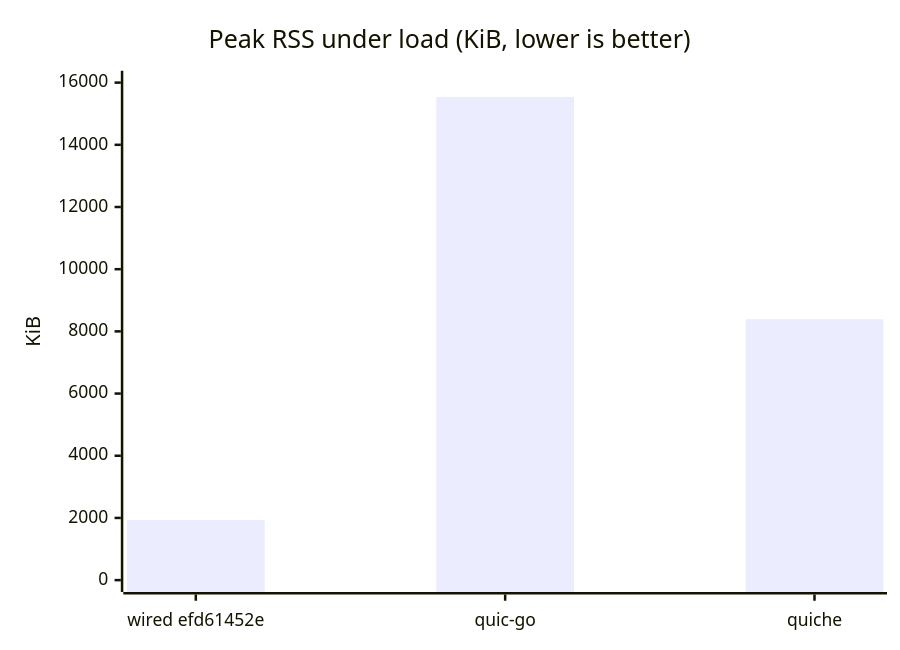
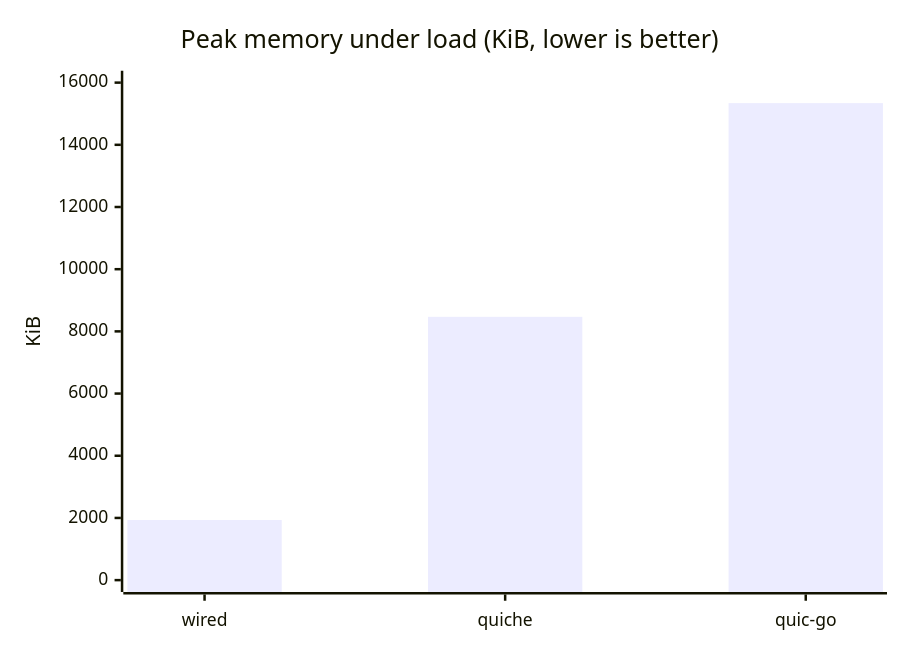
The third of 3 diagrams in docs/performance/comparison.md (Hakkadaikon/wired), drawn with Mermaid before and after one commit. The commit also changed other lines of this file and 4 other files, not shown here.

````diff
--- a/docs/performance/comparison.md
+++ b/docs/performance/comparison.md
@@ -402,7 +108,7 @@
 ```mermaid
 xychart-beta
-    title "Peak RSS under load (KiB, lower is better)"
-    x-axis ["wired efd61452e", "quic-go", "quiche"]
+    title "Peak memory under load (KiB, lower is better)"
+    x-axis ["wired", "quiche", "quic-go"]
     y-axis "KiB" 0 --> 16000
-    bar [1936, 15540, 8392]
+    bar [1932, 8468, 15340]
 ```
````
